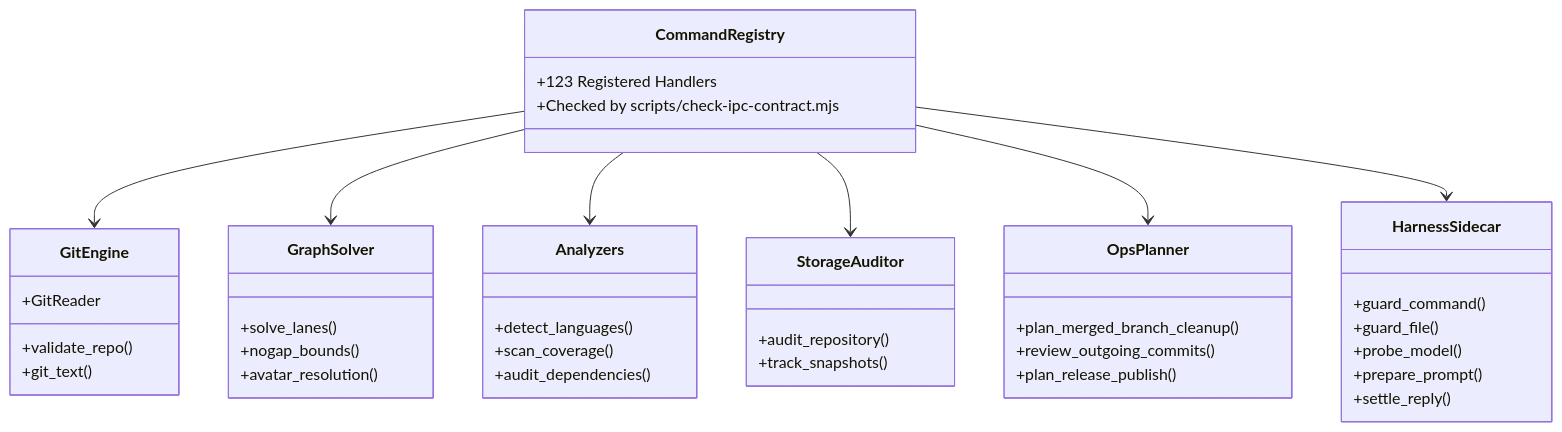
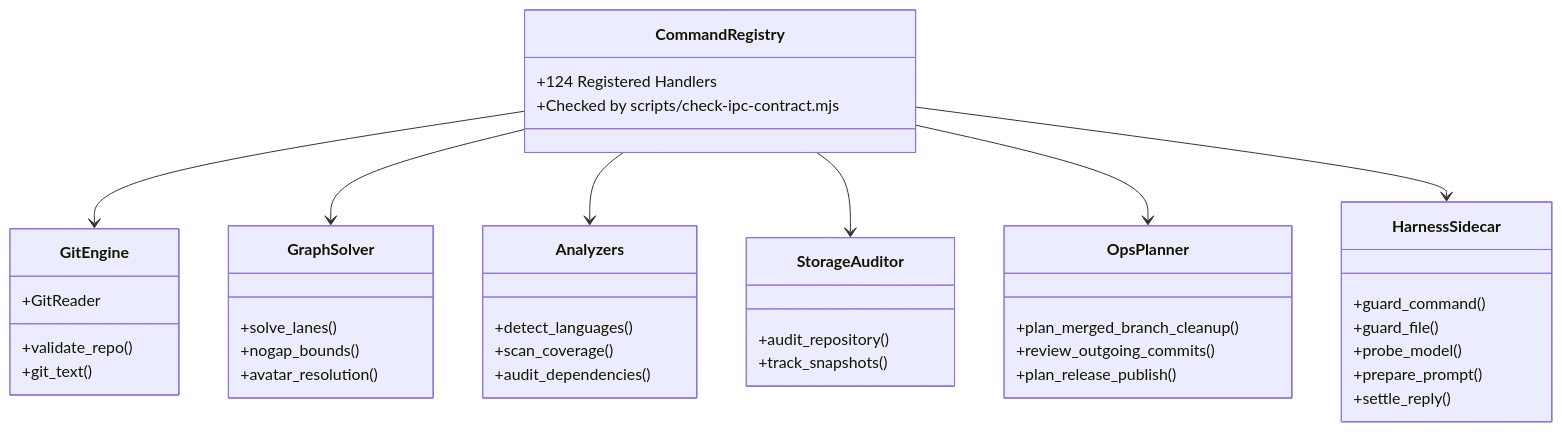
Before and after one commit to bharathvbcr/GitPulse: the third of 4 diagrams in docs/ARCHITECTURE.md, drawn with Mermaid. The commit also changed other lines of this file and 18 other files, not shown here.

````diff
--- a/docs/ARCHITECTURE.md
+++ b/docs/ARCHITECTURE.md
@@ -96,45 +96,45 @@
 ```mermaid
 classDiagram
     class CommandRegistry {
-        +123 Registered Handlers
+        +124 Registered Handlers
         +Checked by scripts/check-ipc-contract.mjs
     }
     class GitEngine {
         +validate_repo()
         +git_text()
         +GitReader
     }
     class GraphSolver {
         +solve_lanes()
         +nogap_bounds()
         +avatar_resolution()
     }
     class Analyzers {
         +detect_languages()
         +scan_coverage()
         +audit_dependencies()
     }
     class StorageAuditor {
         +audit_repository()
         +track_snapshots()
     }
     class OpsPlanner {
         +plan_merged_branch_cleanup()
         +review_outgoing_commits()
         +plan_release_publish()
     }
     class HarnessSidecar {
         +guard_command()
         +guard_file()
         +probe_model()
         +prepare_prompt()
         +settle_reply()
     }
 
     CommandRegistry --> GitEngine
     CommandRegistry --> GraphSolver
     CommandRegistry --> Analyzers
     CommandRegistry --> StorageAuditor
     CommandRegistry --> OpsPlanner
     CommandRegistry --> HarnessSidecar
 ```
````
